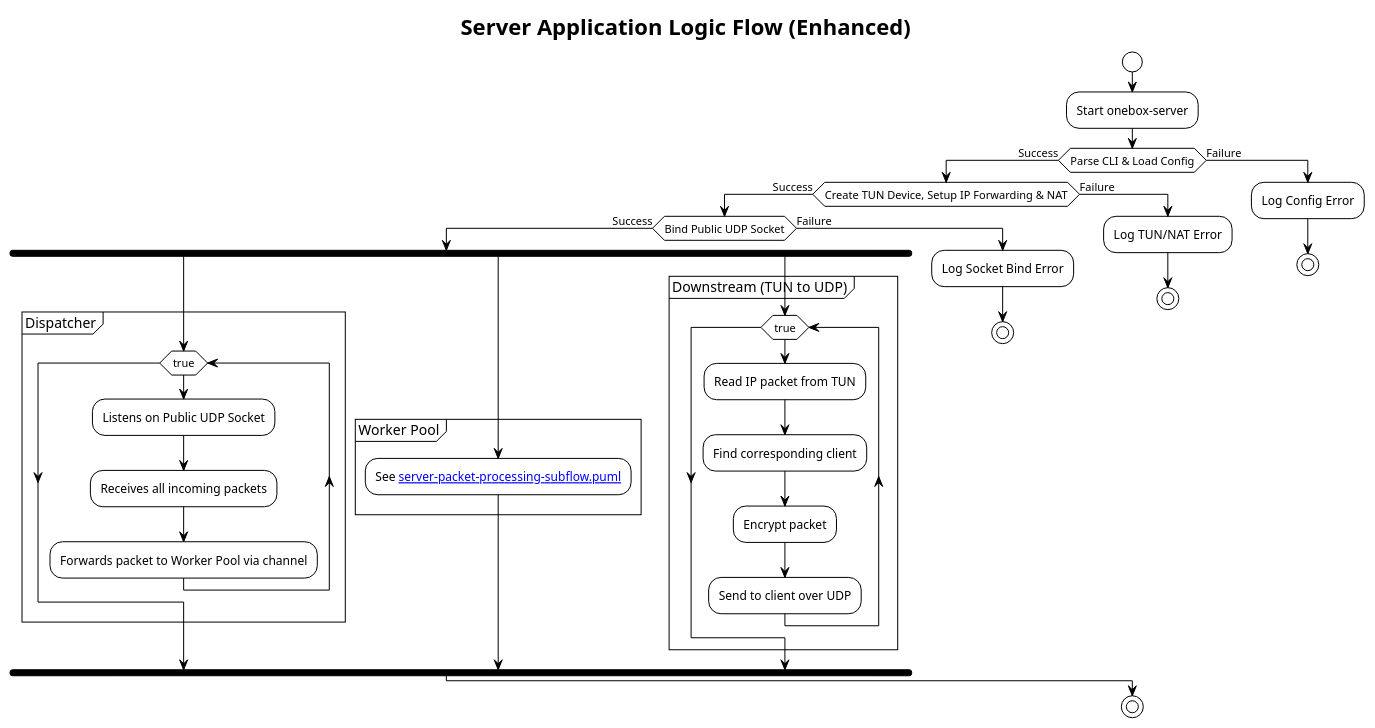
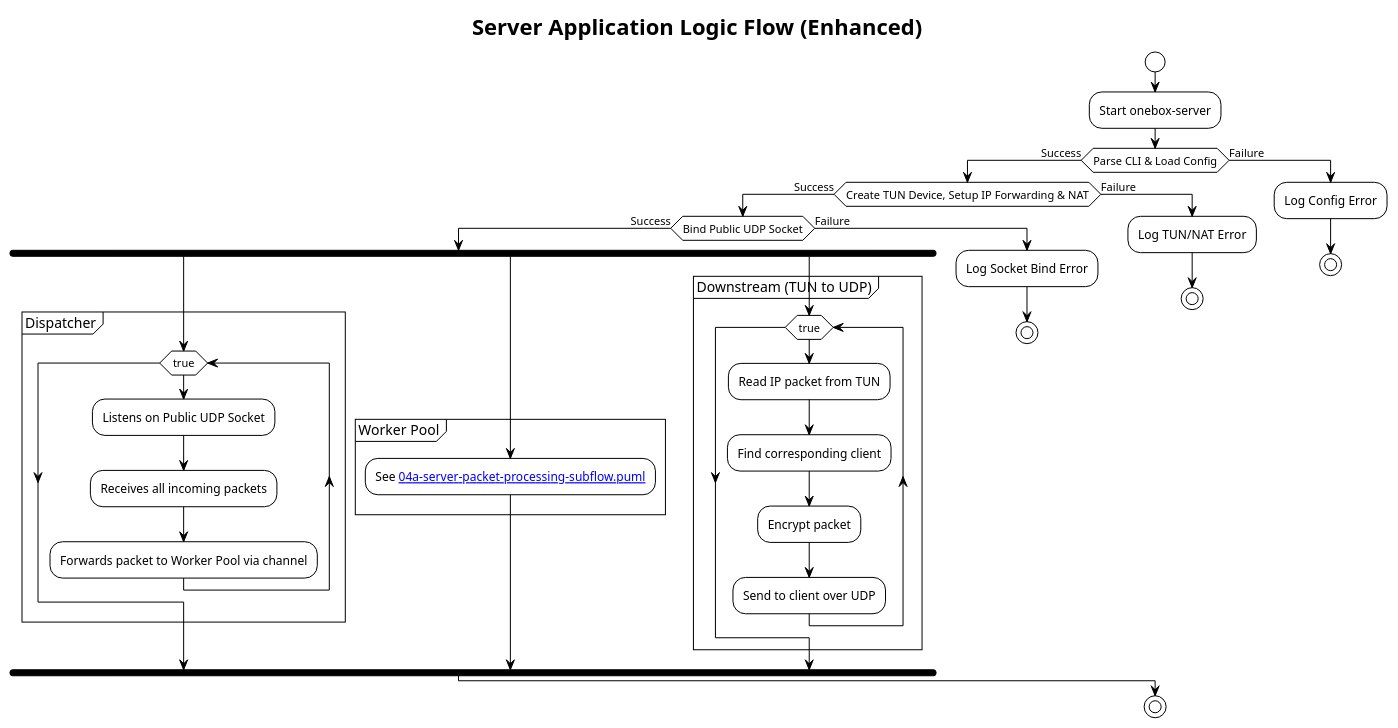
The fourth of 6 diagrams in docs/diagrams/plantuml/README.md (abdshomad/onebox-rs), drawn with PlantUML before and after one commit. The commit also changed other lines of this file and 2 other files, not shown here.

Commit message:
Docs: Number PlantUML sub-flow diagrams
This commit numbers the new PlantUML sub-flow diagrams to match the existing numbering scheme in `docs/diagrams/plantuml`.

The following changes were made:
- Renamed `client-health-check-subflow.puml` to `03a-client-health-check-subflow.puml`.
- Renamed `server-packet-processing-subflow.puml` to `04a-server-packet-processing-subflow.puml`.
- Updated the links in `docs/diagrams/plantuml/README.md` to point to the new, correctly numbered files.

This addresses the user's feedback to number the sub-flow diagrams accordingly.

````diff
--- a/docs/diagrams/plantuml/README.md
+++ b/docs/diagrams/plantuml/README.md
@@ -147,50 +147,50 @@
 ```plantuml
 @startuml
 !theme plain
 
 title Server Application Logic Flow (Enhanced)
 
 start
 :Start onebox-server;
 if (Parse CLI & Load Config) then (Success)
   if (Create TUN Device, Setup IP Forwarding & NAT) then (Success)
     if (Bind Public UDP Socket) then (Success)
       fork
         partition "Dispatcher" {
           while (true)
             :Listens on Public UDP Socket;
             :Receives all incoming packets;
             :Forwards packet to Worker Pool via channel;
           endwhile
         }
       fork again
         partition "Worker Pool" {
-          :See [[server-packet-processing-subflow.puml]];
+          :See [[04a-server-packet-processing-subflow.puml]];
         }
       fork again
         partition "Downstream (TUN to UDP)" {
           while (true)
             :Read IP packet from TUN;
             :Find corresponding client;
             :Encrypt packet;
             :Send to client over UDP;
           endwhile
         }
       end fork
     else (Failure)
       :Log Socket Bind Error;
       stop
     endif
   else (Failure)
     :Log TUN/NAT Error;
     stop
   endif
 else (Failure)
   :Log Config Error;
   stop
 endif
 
 stop
 
 @enduml
 ```
````
